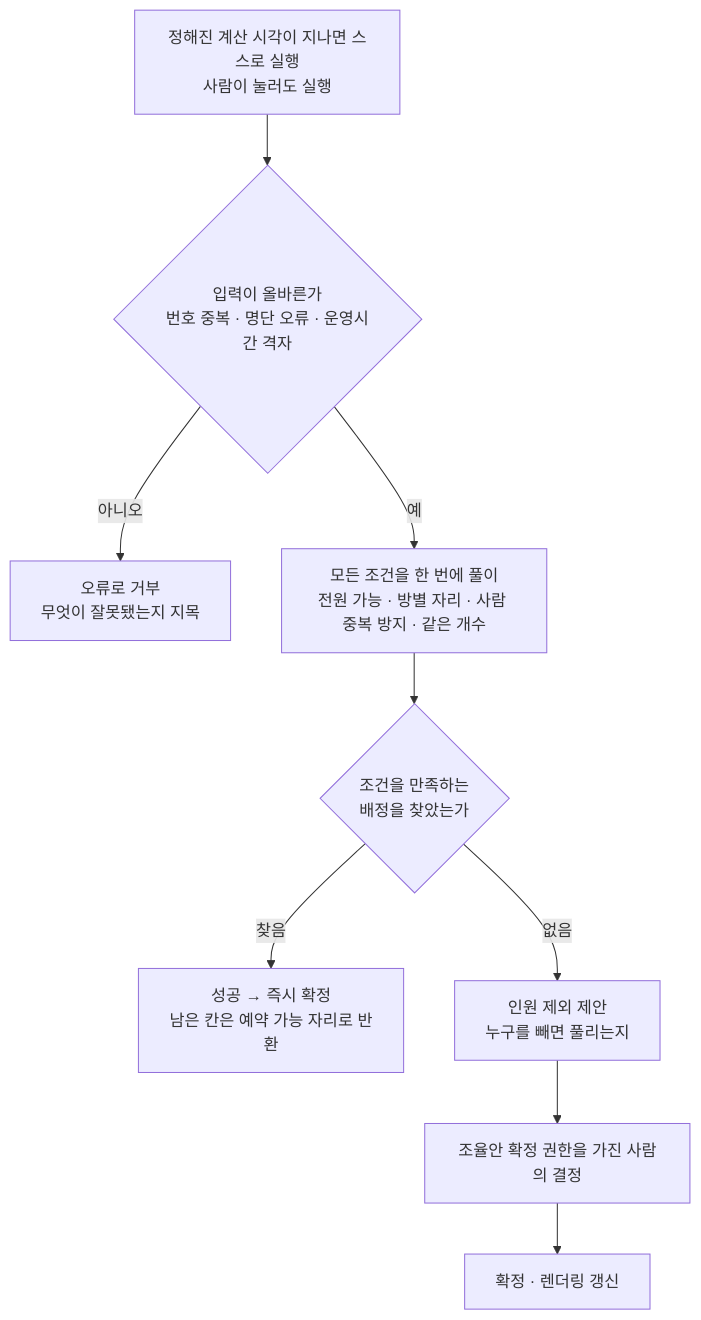
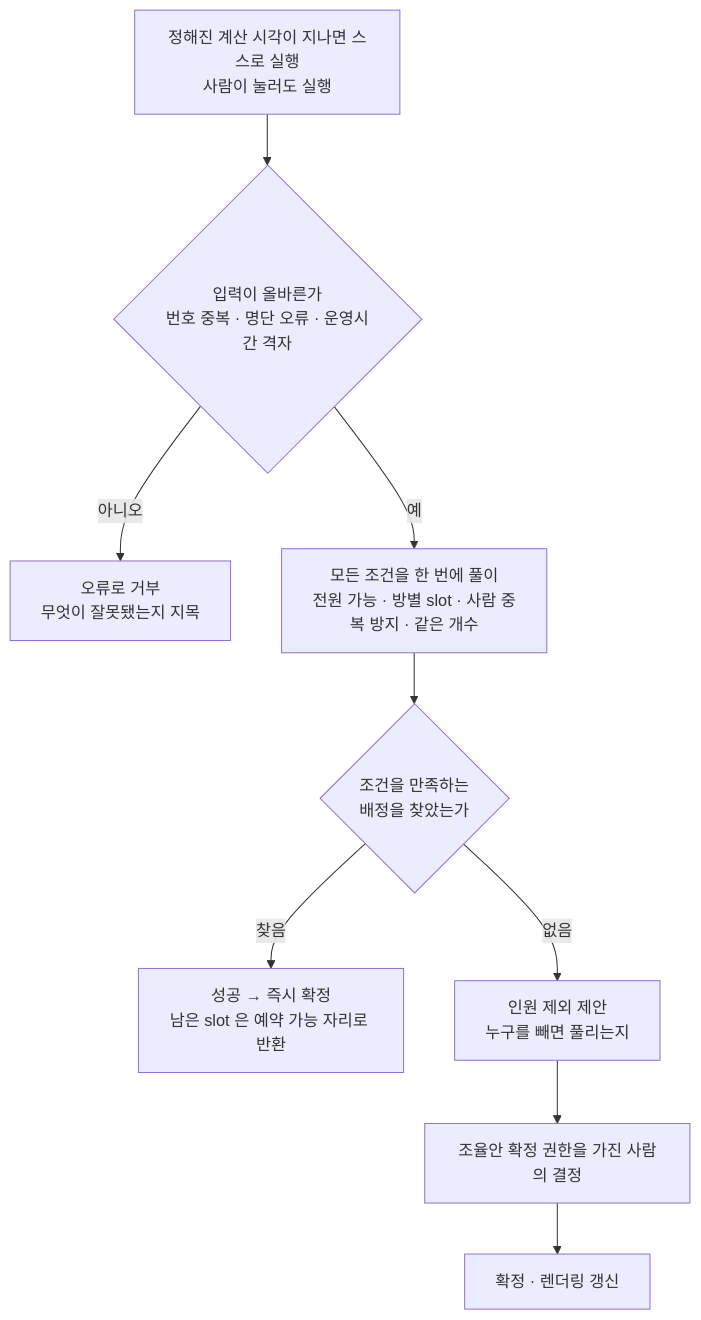
One commit to minkong-dev/Banblit changed the first of 3 diagrams in .cluedoc/auto-assignment/README.md. Above: the diagram before and after it, drawn with Mermaid. The commit also changed other lines of this file and 15 other files, not shown here.

````diff
--- a/.cluedoc/auto-assignment/README.md
+++ b/.cluedoc/auto-assignment/README.md
@@ -26,11 +26,11 @@
 ```mermaid
 flowchart TD
     T[정해진 계산 시각이 지나면 스스로 실행<br/>사람이 눌러도 실행] --> V{입력이 올바른가<br/>번호 중복 · 명단 오류 · 운영시간 격자}
     V -->|아니오| E[오류로 거부<br/>무엇이 잘못됐는지 지목]
-    V -->|예| S[모든 조건을 한 번에 풀이<br/>전원 가능 · 방별 자리 · 사람 중복 방지 · 같은 개수]
+    V -->|예| S[모든 조건을 한 번에 풀이<br/>전원 가능 · 방별 slot · 사람 중복 방지 · 같은 개수]
     S --> Q{조건을 만족하는<br/>배정을 찾았는가}
-    Q -->|찾음| OK[성공 → 즉시 확정<br/>남은 칸은 예약 가능 자리로 반환]
+    Q -->|찾음| OK[성공 → 즉시 확정<br/>남은 slot 은 예약 가능 자리로 반환]
     Q -->|없음| P[인원 제외 제안<br/>누구를 빼면 풀리는지]
     P --> H[조율안 확정 권한을 가진 사람의 결정]
     H --> C[확정 · 렌더링 갱신]
 ```
````
